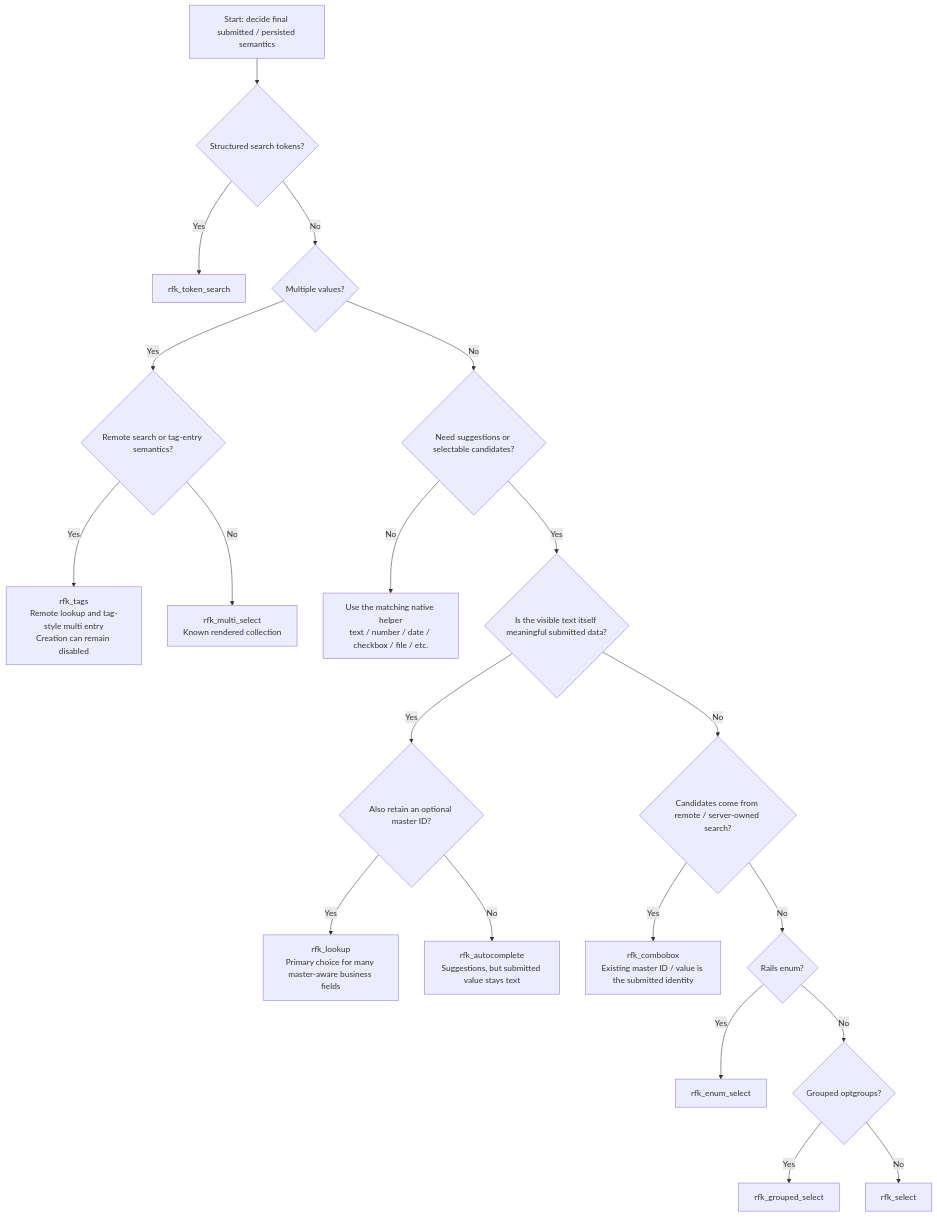
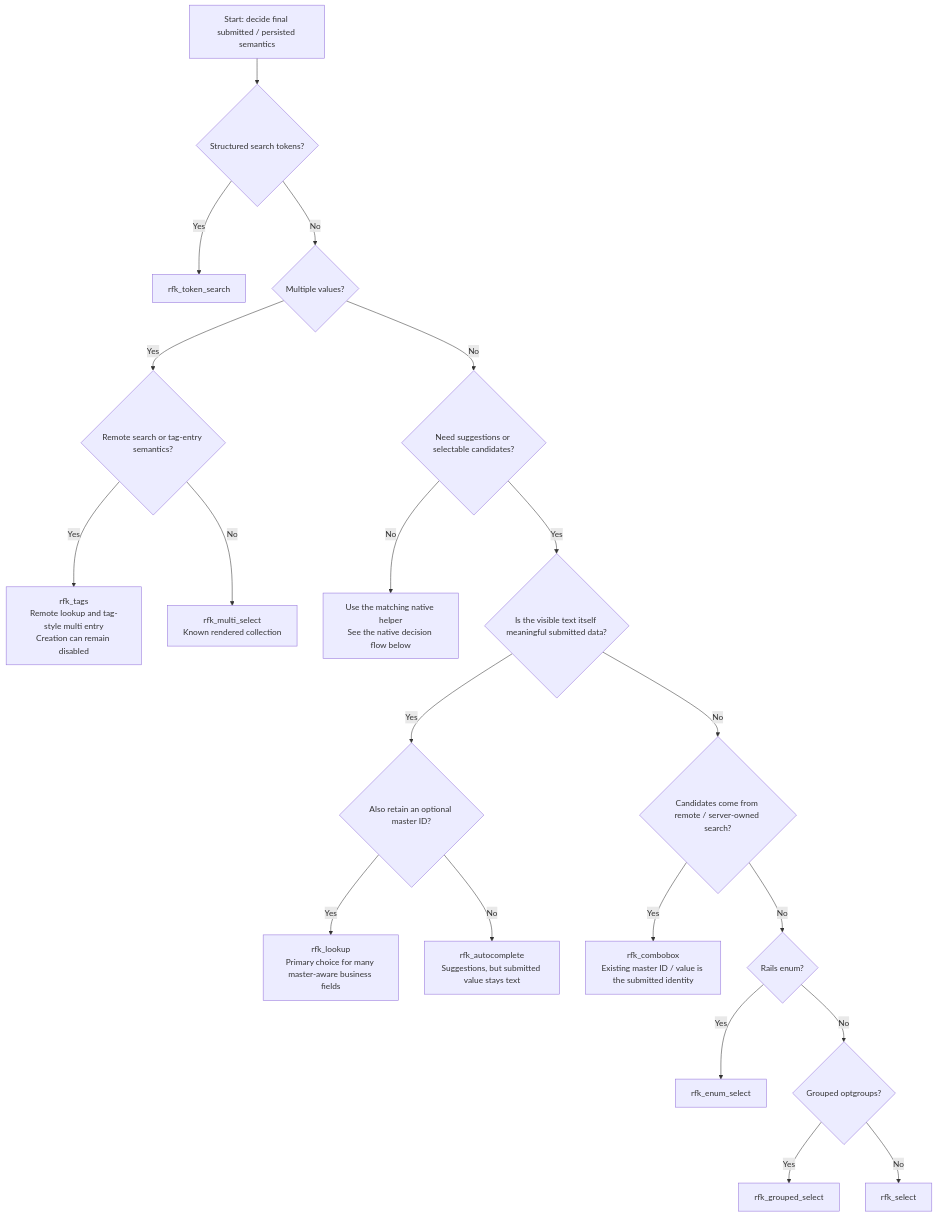
The first of 3 diagrams in doc/quick_guide.md (barnet-co-jp/rails_fields_kit), drawn with Mermaid before and after one commit. The commit also changed other lines of this file, not shown here.

Commit message:
docs: add native helper decision flow

````diff
--- a/doc/quick_guide.md
+++ b/doc/quick_guide.md
@@ -35,27 +35,27 @@
 ```mermaid
 flowchart TD
     A["Start: decide final submitted / persisted semantics"] --> B{"Structured search tokens?"}
 
     B -- Yes --> TOKEN["rfk_token_search"]
     B -- No --> C{"Multiple values?"}
 
     C -- Yes --> D{"Remote search or tag-entry semantics?"}
     D -- Yes --> TAGS["rfk_tags<br/>Remote lookup and tag-style multi entry<br/>Creation can remain disabled"]
     D -- No --> MULTI["rfk_multi_select<br/>Known rendered collection"]
 
     C -- No --> E{"Need suggestions or selectable candidates?"}
-    E -- No --> NATIVE["Use the matching native helper<br/>text / number / date / checkbox / file / etc."]
+    E -- No --> NATIVE["Use the matching native helper<br/>See the native decision flow below"]
 
     E -- Yes --> F{"Is the visible text itself meaningful submitted data?"}
     F -- Yes --> G{"Also retain an optional master ID?"}
     G -- Yes --> LOOKUP["rfk_lookup<br/>Primary choice for many master-aware business fields"]
     G -- No --> AUTO["rfk_autocomplete<br/>Suggestions, but submitted value stays text"]
 
     F -- No --> H{"Candidates come from remote / server-owned search?"}
     H -- Yes --> COMBO["rfk_combobox<br/>Existing master ID / value is the submitted identity"]
     H -- No --> I{"Rails enum?"}
     I -- Yes --> ENUM["rfk_enum_select"]
     I -- No --> J{"Grouped optgroups?"}
     J -- Yes --> GROUPED["rfk_grouped_select"]
     J -- No --> SELECT["rfk_select"]
 ```
````
